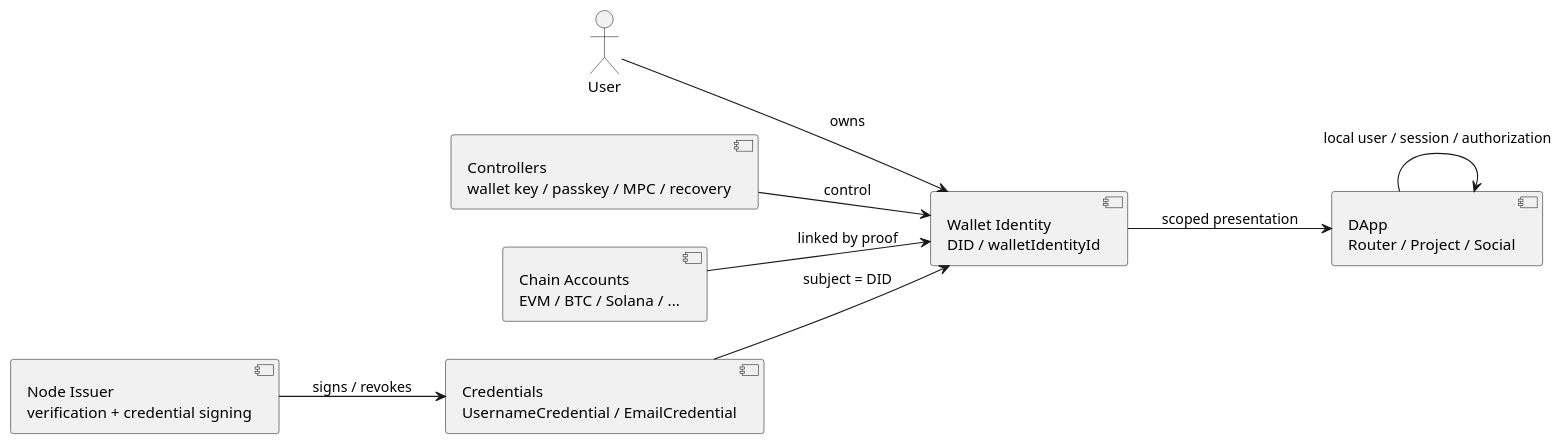
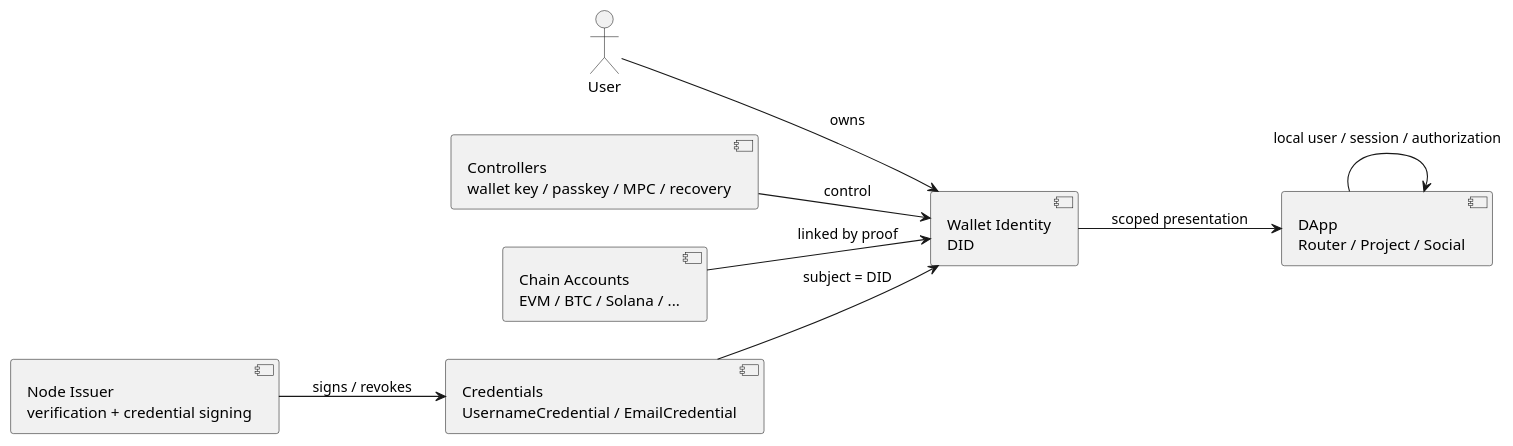
The first of 6 diagrams in docs/钱包身份方案.md (yeying-community/wallet), drawn with PlantUML before and after one commit. The commit also changed other lines of this file and 2 other files, not shown here.

Commit message:
docs: describe wallet identity by DID

````diff
--- a/docs/钱包身份方案.md
+++ b/docs/钱包身份方案.md
@@ -44,20 +43,20 @@
 ```plantuml
 @startuml wallet-identity-overview
 left to right direction
 actor User
-component "Wallet Identity\nDID / walletIdentityId" as Identity
+component "Wallet Identity\nDID" as Identity
 component "Controllers\nwallet key / passkey / MPC / recovery" as Controllers
 component "Chain Accounts\nEVM / BTC / Solana / ..." as Accounts
 component "Node Issuer\nverification + credential signing" as Node
 component "Credentials\nUsernameCredential / EmailCredential" as Credentials
 component "DApp\nRouter / Project / Social" as App
 
 User --> Identity : owns
 Controllers --> Identity : control
 Accounts --> Identity : linked by proof
 Node --> Credentials : signs / revokes
 Credentials --> Identity : subject = DID
 Identity --> App : scoped presentation
 App --> App : local user / session / authorization
 @enduml
 ```
````
